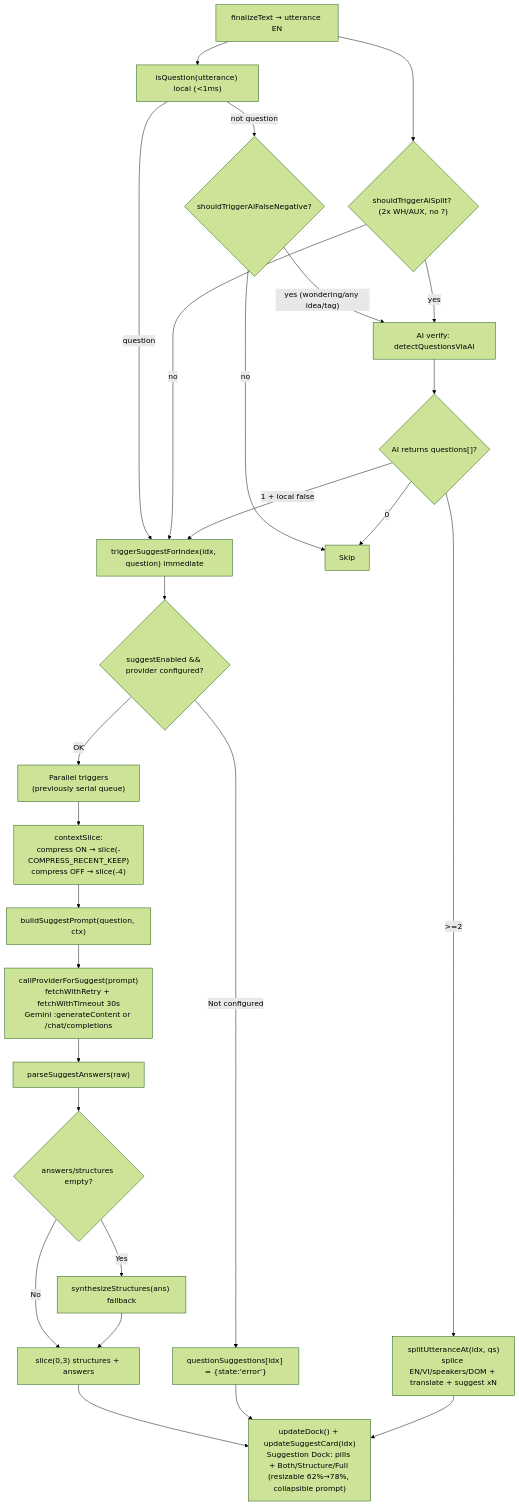
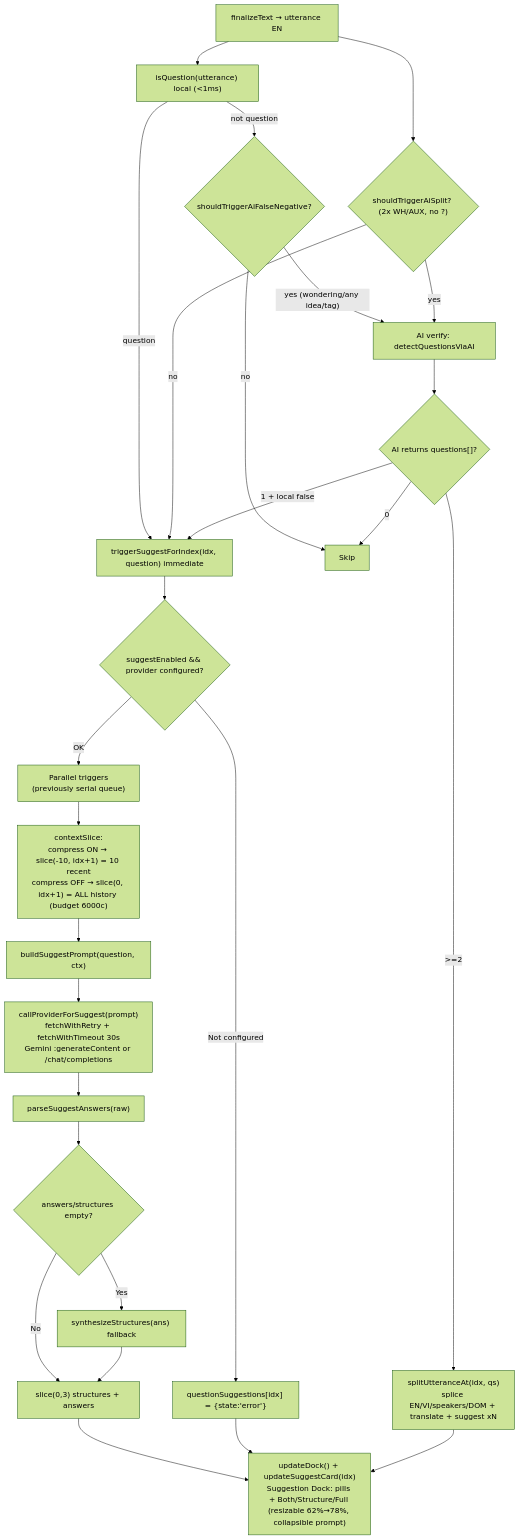
One commit to nbhson/app-live-translate-extension changed the fifth of 9 diagrams in README.md. Above: the diagram before and after it, drawn with Mermaid (forest theme). The commit also changed other lines of this file and 5 other files, not shown here.

First line of the commit message:
feat: suggest without compress uses ALL history (6000c budget)

````diff
--- a/README.md
+++ b/README.md
@@ -195,33 +195,33 @@
 ```mermaid
 flowchart TD
     A["finalizeText → utterance EN"] --> B["isQuestion(utterance) local (<1ms)"]
     B -- "question" --> C["triggerSuggestForIndex(idx, question) immediate"]
     B -- "not question" --> B2{"shouldTriggerAiFalseNegative?"}
     B2 -- "yes (wondering/any idea/tag)" --> D1["AI verify: detectQuestionsViaAI"]
     B2 -- "no" --> END["Skip"]
     A --> S{"shouldTriggerAiSplit? (2x WH/AUX, no ?)"}
     S -- "yes" --> D1
     S -- "no" --> C
 
     D1 --> Q{"AI returns questions[]?"}
     Q -- "0" --> END
     Q -- "1 + local false" --> C
     Q -- ">=2" --> SPLIT["splitUtteranceAt(idx, qs)<br/>splice EN/VI/speakers/DOM + translate + suggest xN"]
 
     C --> D{"suggestEnabled && provider configured?"}
     D -- "Not configured" --> E["questionSuggestions[idx] = {state:'error'}"]
 
     D -- "OK" --> F["Parallel triggers<br/>(previously serial queue)"]
-    F --> G["contextSlice:<br/>compress ON → slice(-COMPRESS_RECENT_KEEP)<br/>compress OFF → slice(-4)"]
+    F --> G["contextSlice:<br/>compress ON → slice(-10, idx+1) = 10 recent<br/>compress OFF → slice(0, idx+1) = ALL history (budget 6000c)"]
 
     G --> H["buildSuggestPrompt(question, ctx)"]
     H --> I["callProviderForSuggest(prompt)<br/>fetchWithRetry + fetchWithTimeout 30s<br/>Gemini :generateContent or /chat/completions"]
     I --> J["parseSuggestAnswers(raw)"]
     J --> K{"answers/structures empty?"}
     K -- "Yes" --> L["synthesizeStructures(ans) fallback"]
     K -- "No" --> M["slice(0,3) structures + answers"]
     L --> M
     M --> N["updateDock() + updateSuggestCard(idx)<br/>Suggestion Dock: pills + Both/Structure/Full (resizable 62%→78%, collapsible prompt)"]
     E --> N
     SPLIT --> N
 ```
````
